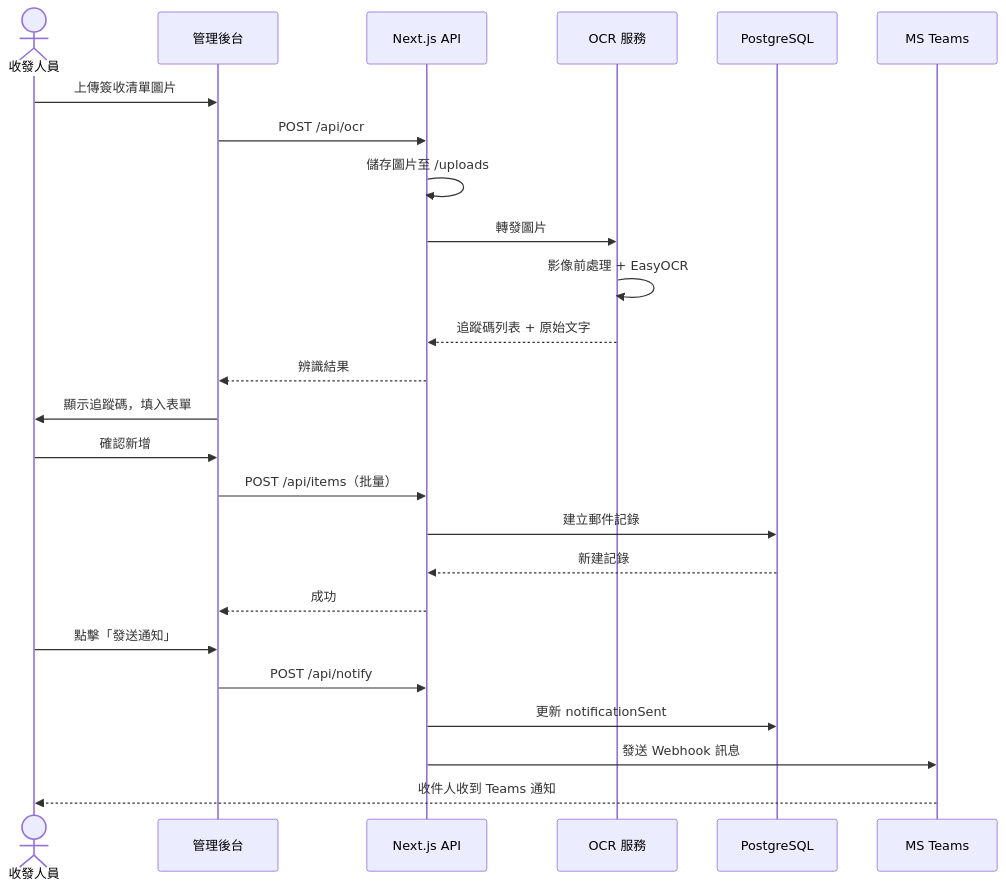
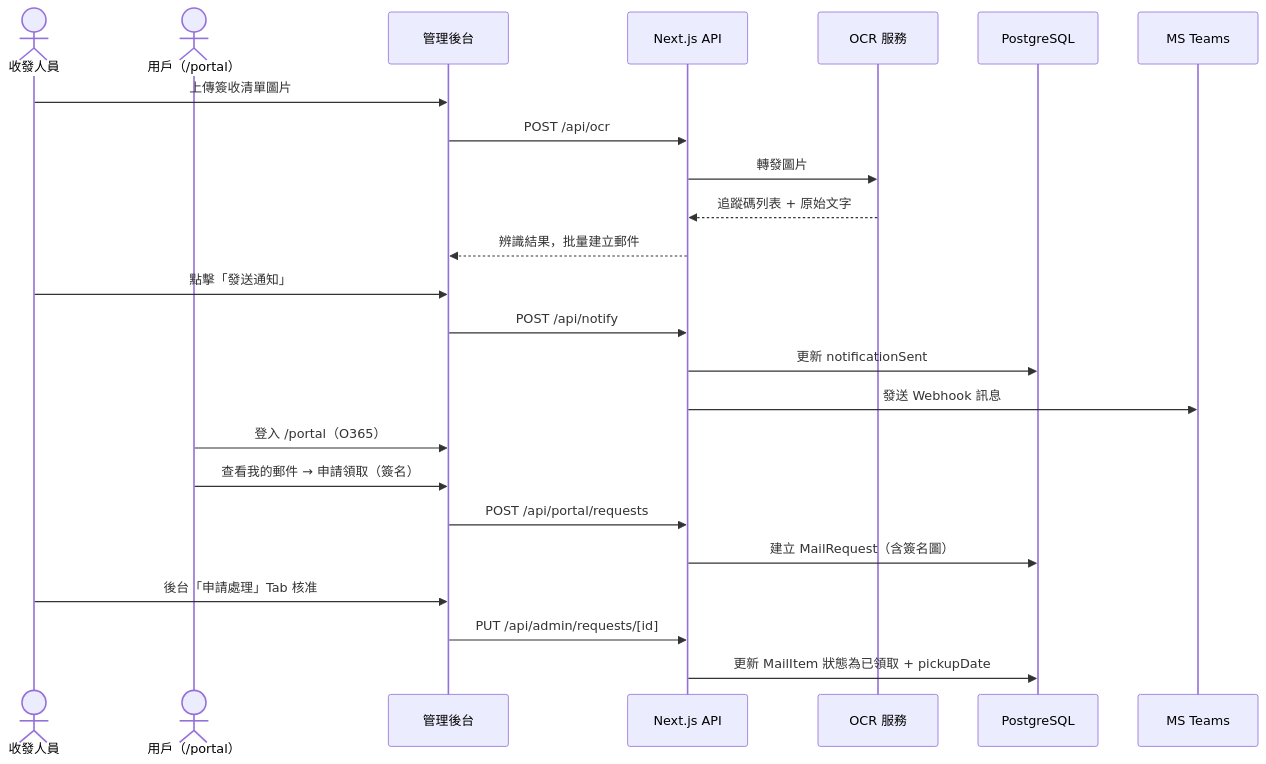
Before and after one commit to kevinzeroCode/tku-mail-delivery: the second of 2 diagrams in README.md, drawn with Mermaid. The commit also changed other lines of this file and 18 other files, not shown here.

First line of the commit message:
feat: user portal, mail requests, returnDate tracking, and O365 auth placeholder

````diff
--- a/README.md
+++ b/README.md
@@ -64,30 +73,30 @@
 ```mermaid
 sequenceDiagram
     actor Staff as 收發人員
+    actor User as 用戶（/portal）
     participant UI as 管理後台
     participant API as Next.js API
     participant OCR as OCR 服務
     participant DB as PostgreSQL
     participant Teams as MS Teams
 
     Staff->>UI: 上傳簽收清單圖片
     UI->>API: POST /api/ocr
-    API->>API: 儲存圖片至 /uploads
     API->>OCR: 轉發圖片
-    OCR->>OCR: 影像前處理 + EasyOCR
     OCR-->>API: 追蹤碼列表 + 原始文字
-    API-->>UI: 辨識結果
-    UI->>Staff: 顯示追蹤碼，填入表單
-
-    Staff->>UI: 確認新增
-    UI->>API: POST /api/items（批量）
-    API->>DB: 建立郵件記錄
-    DB-->>API: 新建記錄
-    API-->>UI: 成功
+    API-->>UI: 辨識結果，批量建立郵件
 
     Staff->>UI: 點擊「發送通知」
     UI->>API: POST /api/notify
     API->>DB: 更新 notificationSent
     API->>Teams: 發送 Webhook 訊息
-    Teams-->>Staff: 收件人收到 Teams 通知
+
+    User->>UI: 登入 /portal（O365）
+    User->>UI: 查看我的郵件 → 申請領取（簽名）
+    UI->>API: POST /api/portal/requests
+    API->>DB: 建立 MailRequest（含簽名圖）
+
+    Staff->>UI: 後台「申請處理」Tab 核准
+    UI->>API: PUT /api/admin/requests/[id]
+    API->>DB: 更新 MailItem 狀態為已領取 + pickupDate
 ```
````
